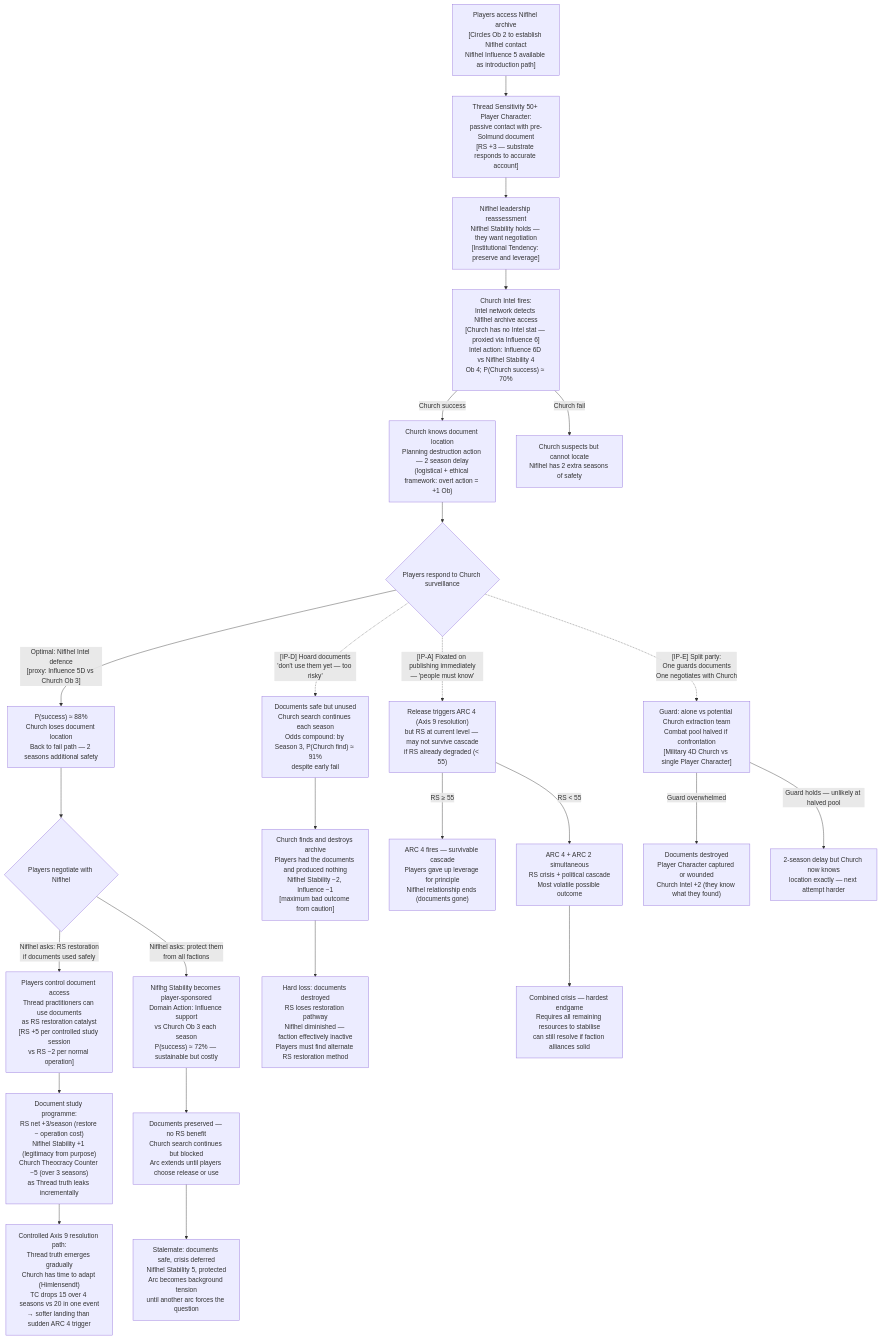
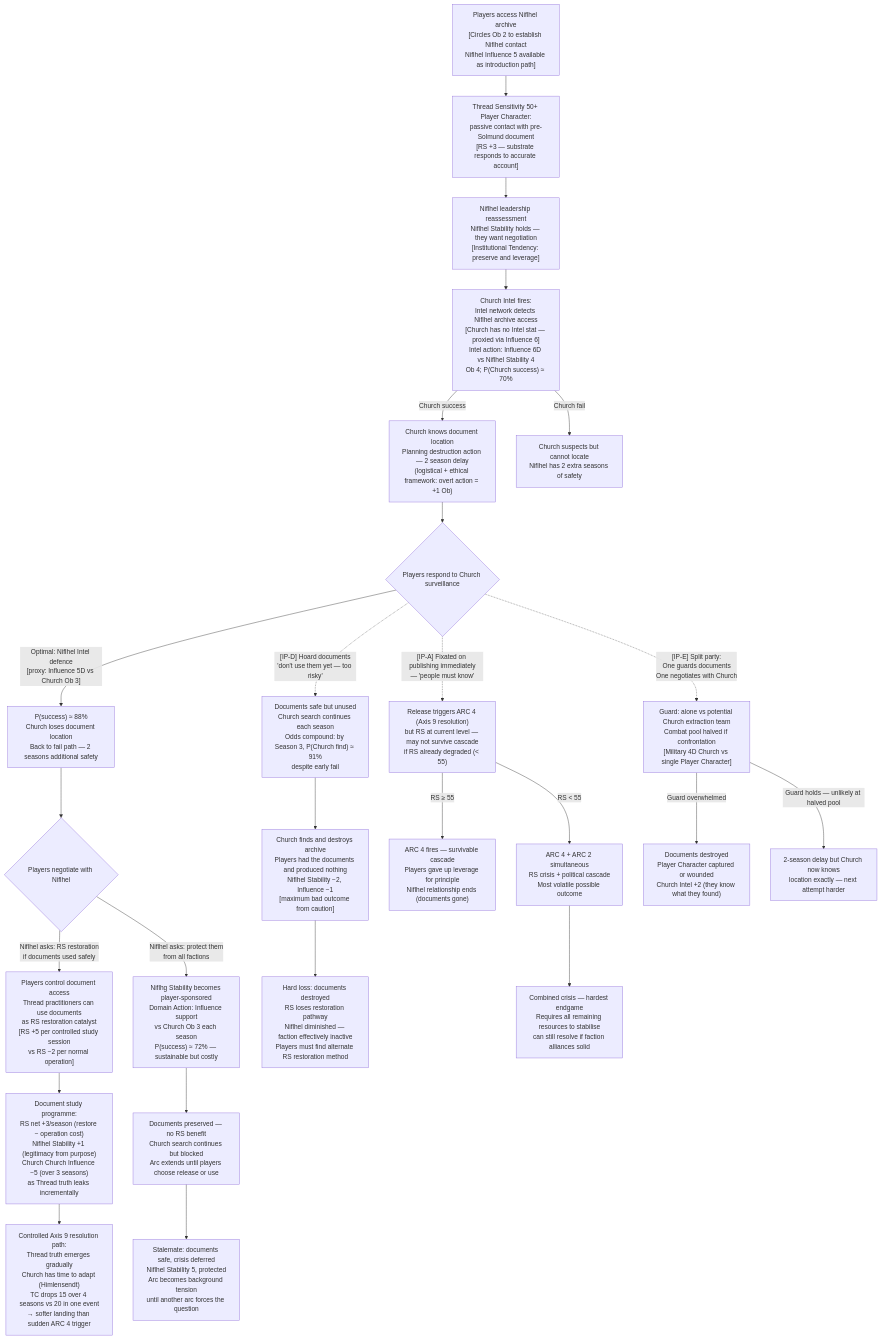
One commit to jordanelias/ttrpg changed the fifth of 5 diagrams in tests/sim/sim_arc_01_irrational_player_arcs.md. Above: the diagram before and after it, drawn with Mermaid. The commit also changed other lines of this file and 44 other files, not shown here.

````diff
--- a/tests/sim/sim_arc_01_irrational_player_arcs.md
+++ b/tests/sim/sim_arc_01_irrational_player_arcs.md
@@ -291,34 +291,34 @@
 ```mermaid
 flowchart TD
     A["Players access Niflhel archive\n[Circles Ob 2 to establish Niflhel contact\nNiflhel Influence 5 available as introduction path]"]
     A --> B["Thread Sensitivity 50+ Player Character:\npassive contact with pre-Solmund document\n[RS +3 — substrate responds to accurate account]"]
     B --> C["Niflhel leadership reassessment\nNiflhel Stability holds — they want negotiation\n[Institutional Tendency: preserve and leverage]"]
     C --> D["Church Intel fires:\nIntel network detects Niflhel archive access\n[Church has no Intel stat — proxied via Influence 6]\nIntel action: Influence 6D vs Niflhel Stability 4\nOb 4; P(Church success) ≈ 70%"]
     D -->|"Church success"| E["Church knows document location\nPlanning destruction action — 2 season delay\n(logistical + ethical framework: overt action = +1 Ob)"]
     D -->|"Church fail"| F["Church suspects but cannot locate\nNiflhel has 2 extra seasons of safety"]
 
     E --> G{Players respond to Church surveillance}
     G -->|"Optimal: Niflhel Intel defence\n[proxy: Influence 5D vs Church Ob 3]"| H["P(success) ≈ 88%\nChurch loses document location\nBack to fail path — 2 seasons additional safety"]
     G -.->|"[IP-D] Hoard documents\n'don't use them yet — too risky'"| I["Documents safe but unused\nChurch search continues each season\nOdds compound: by Season 3, P(Church find) ≈ 91%\ndespite early fail"]
     I --> J["Church finds and destroys archive\nPlayers had the documents and produced nothing\nNiflhel Stability −2, Influence −1\n[maximum bad outcome from caution]"]
 
     G -.->|"[IP-A] Fixated on publishing immediately\n— 'people must know'"| K["Release triggers ARC 4 (Axis 9 resolution)\nbut RS at current level — may not survive cascade\nif RS already degraded (< 55)"]
     K -->|"RS ≥ 55"| L["ARC 4 fires — survivable cascade\nPlayers gave up leverage for principle\nNiflhel relationship ends (documents gone)"]
     K -->|"RS < 55"| M["ARC 4 + ARC 2 simultaneous\nRS crisis + political cascade\nMost volatile possible outcome"]
 
     G -.->|"[IP-E] Split party:\nOne guards documents\nOne negotiates with Church"| N["Guard: alone vs potential Church extraction team\nCombat pool halved if confrontation\n[Military 4D Church vs single Player Character]"]
     N -->|"Guard overwhelmed"| O["Documents destroyed\nPlayer Character captured or wounded\nChurch Intel +2 (they know what they found)"]
     N -->|"Guard holds — unlikely at halved pool"| P["2-season delay but Church now knows\nlocation exactly — next attempt harder"]
 
     H --> Q{Players negotiate with Niflhel}
     Q -->|"Niflhel asks: RS restoration\nif documents used safely"| R["Players control document access\nThread practitioners can use documents\nas RS restoration catalyst\n[RS +5 per controlled study session\nvs RS −2 per normal operation]"]
     Q -->|"Niflhel asks: protect them\nfrom all factions"| S["Niflhg Stability becomes player-sponsored\nDomain Action: Influence support\nvs Church Ob 3 each season\nP(success) ≈ 72% — sustainable but costly"]
 
-    R --> T["Document study programme:\nRS net +3/season (restore − operation cost)\nNiflhel Stability +1 (legitimacy from purpose)\nChurch Theocracy Counter −5 (over 3 seasons)\nas Thread truth leaks incrementally"]
+    R --> T["Document study programme:\nRS net +3/season (restore − operation cost)\nNiflhel Stability +1 (legitimacy from purpose)\nChurch Church Influence −5 (over 3 seasons)\nas Thread truth leaks incrementally"]
     S --> U["Documents preserved — no RS benefit\nChurch search continues but blocked\nArc extends until players choose release or use"]
 
     T --> V["Controlled Axis 9 resolution path:\nThread truth emerges gradually\nChurch has time to adapt (Himlensendt)\nTC drops 15 over 4 seasons vs 20 in one event\n→ softer landing than sudden ARC 4 trigger"]
     U --> W["Stalemate: documents safe, crisis deferred\nNiflhel Stability 5, protected\nArc becomes background tension\nuntil another arc forces the question"]
     J --> X["Hard loss: documents destroyed\nRS loses restoration pathway\nNiflhel diminished — faction effectively inactive\nPlayers must find alternate RS restoration method"]
     M --> Y["Combined crisis — hardest endgame\nRequires all remaining resources to stabilise\ncan still resolve if faction alliances solid"]
 ```
````
